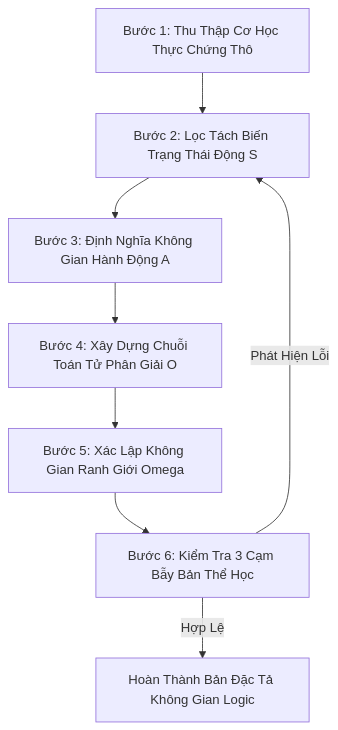
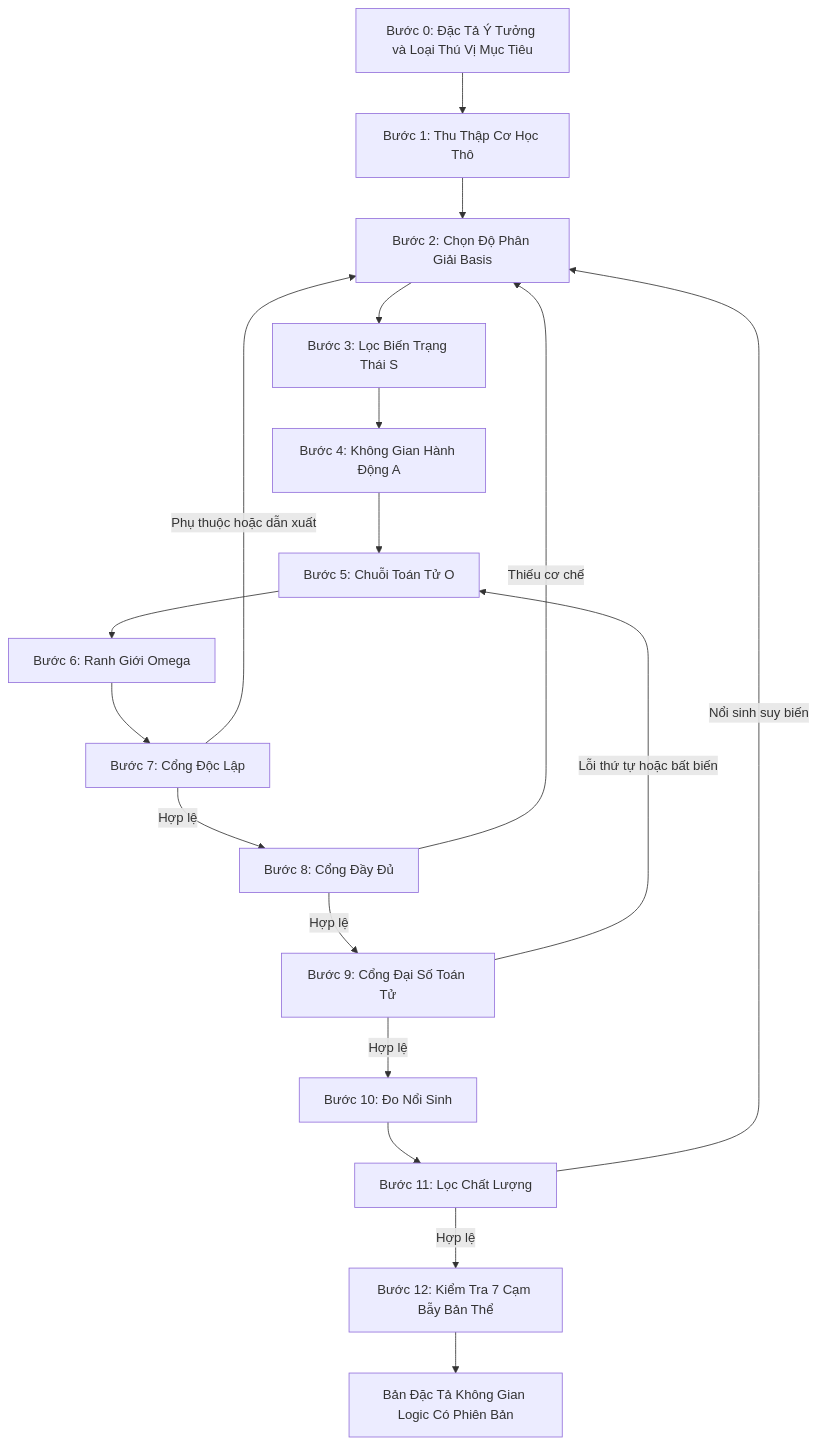
The second of 2 diagrams in .cursor/playbooks/playbook-decompose-game-to-logical-space.md (HeldenChill/Researchs), drawn with Mermaid before and after one commit. The commit also changed other lines of this file and 10 other files, not shown here.

````diff
--- a/.cursor/playbooks/playbook-decompose-game-to-logical-space.md
+++ b/.cursor/playbooks/playbook-decompose-game-to-logical-space.md
@@ -20,10 +64,20 @@
 ```mermaid
 flowchart TD
-    Step1["Bước 1: Thu Thập Cơ Học Thực Chứng Thô"] --> Step2["Bước 2: Lọc Tách Biến Trạng Thái Động S"]
-    Step2 --> Step3["Bước 3: Định Nghĩa Không Gian Hành Động A"]
-    Step3 --> Step4["Bước 4: Xây Dựng Chuỗi Toán Tử Phân Giải O"]
-    Step4 --> Step5["Bước 5: Xác Lập Không Gian Ranh Giới Omega"]
-    Step5 --> Step6["Bước 6: Kiểm Tra 3 Cạm Bẫy Bản Thể Học"]
-    Step6 -- "Phát Hiện Lỗi" --> Step2
-    Step6 -- "Hợp Lệ" --> Finished["Hoàn Thành Bản Đặc Tả Không Gian Logic"]
+    S0["Bước 0: Đặc Tả Ý Tưởng và Loại Thú Vị Mục Tiêu"] --> S1["Bước 1: Thu Thập Cơ Học Thô"]
+    S1 --> S2["Bước 2: Chọn Độ Phân Giải Basis"]
+    S2 --> S3["Bước 3: Lọc Biến Trạng Thái S"]
+    S3 --> S4["Bước 4: Không Gian Hành Động A"]
+    S4 --> S5["Bước 5: Chuỗi Toán Tử O"]
+    S5 --> S6["Bước 6: Ranh Giới Omega"]
+    S6 --> S7["Bước 7: Cổng Độc Lập"]
+    S7 -- "Phụ thuộc hoặc dẫn xuất" --> S2
+    S7 -- "Hợp lệ" --> S8["Bước 8: Cổng Đầy Đủ"]
+    S8 -- "Thiếu cơ chế" --> S2
+    S8 -- "Hợp lệ" --> S9["Bước 9: Cổng Đại Số Toán Tử"]
+    S9 -- "Lỗi thứ tự hoặc bất biến" --> S5
+    S9 -- "Hợp lệ" --> S10["Bước 10: Đo Nổi Sinh"]
+    S10 --> S11["Bước 11: Lọc Chất Lượng"]
+    S11 -- "Nổi sinh suy biến" --> S2
+    S11 -- "Hợp lệ" --> S12["Bước 12: Kiểm Tra 7 Cạm Bẫy Bản Thể"]
+    S12 --> Finished["Bản Đặc Tả Không Gian Logic Có Phiên Bản"]
 ```
````
